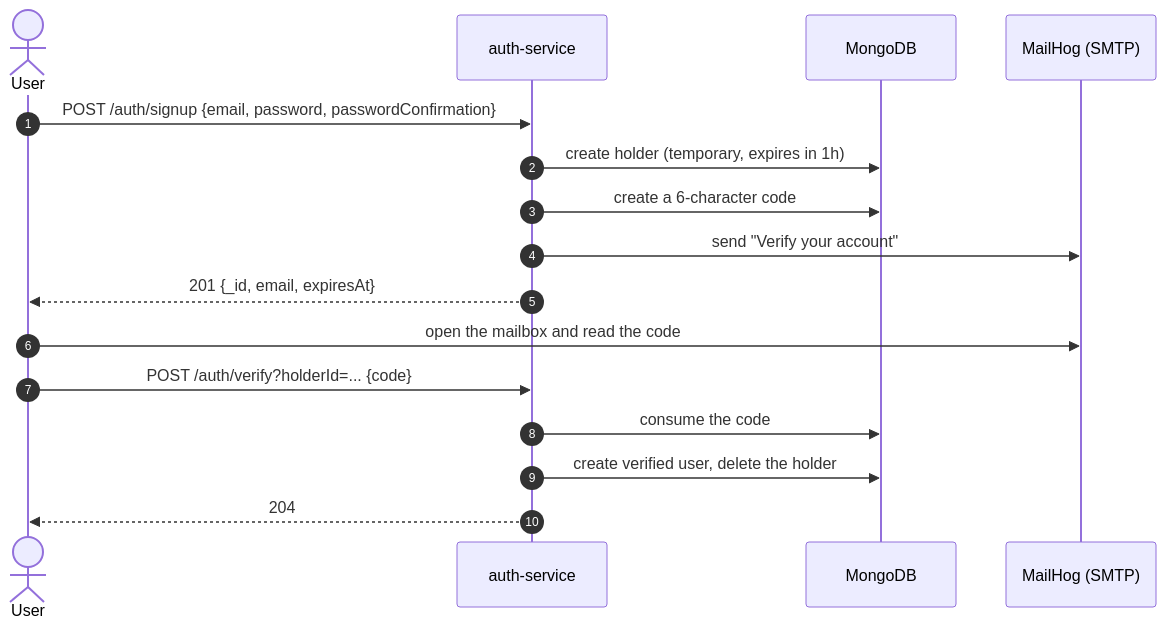
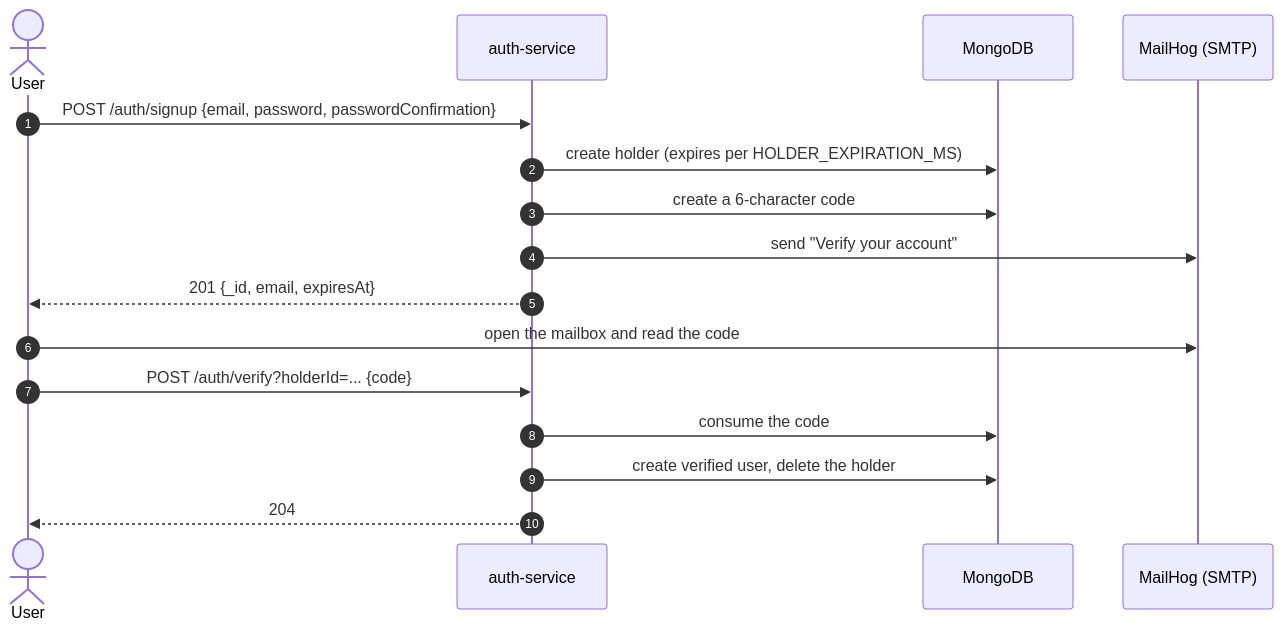
Before and after one commit to AlvaroVFon/auth-service: the diagram in docs/getting-started/signup-and-verification.md, drawn with Mermaid. The commit also changed other lines of this file, not shown here.

````diff
--- a/docs/getting-started/signup-and-verification.md
+++ b/docs/getting-started/signup-and-verification.md
@@ -23,20 +23,20 @@
 ```mermaid
 sequenceDiagram
     autonumber
     actor User
     participant API as auth-service
     participant DB as MongoDB
     participant Mail as MailHog (SMTP)
 
     User->>API: POST /auth/signup {email, password, passwordConfirmation}
-    API->>DB: create holder (temporary, expires in 1h)
+    API->>DB: create holder (expires per HOLDER_EXPIRATION_MS)
     API->>DB: create a 6-character code
     API->>Mail: send "Verify your account"
     API-->>User: 201 {_id, email, expiresAt}
 
     User->>Mail: open the mailbox and read the code
     User->>API: POST /auth/verify?holderId=... {code}
     API->>DB: consume the code
     API->>DB: create verified user, delete the holder
     API-->>User: 204
 ```
````
